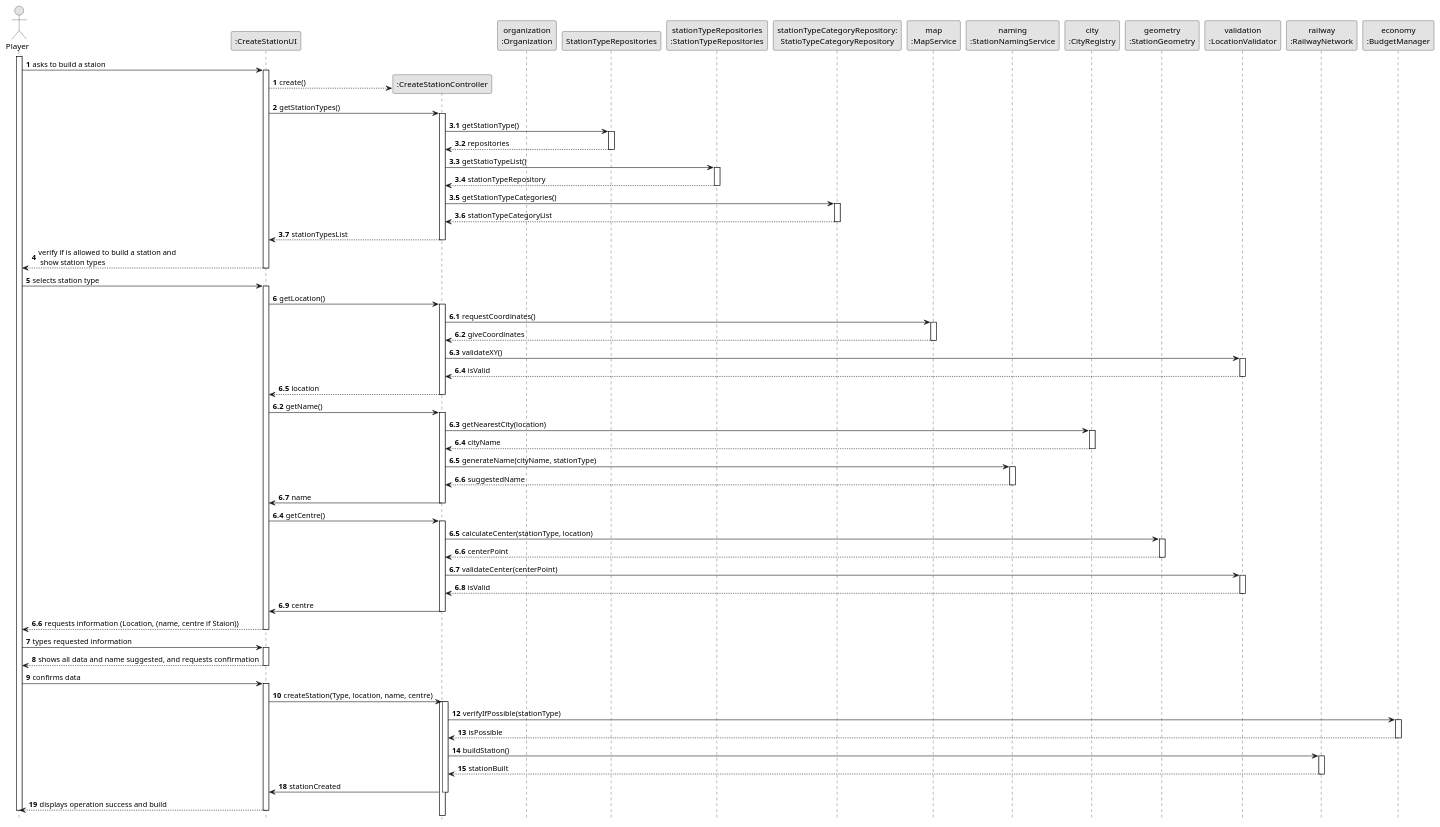
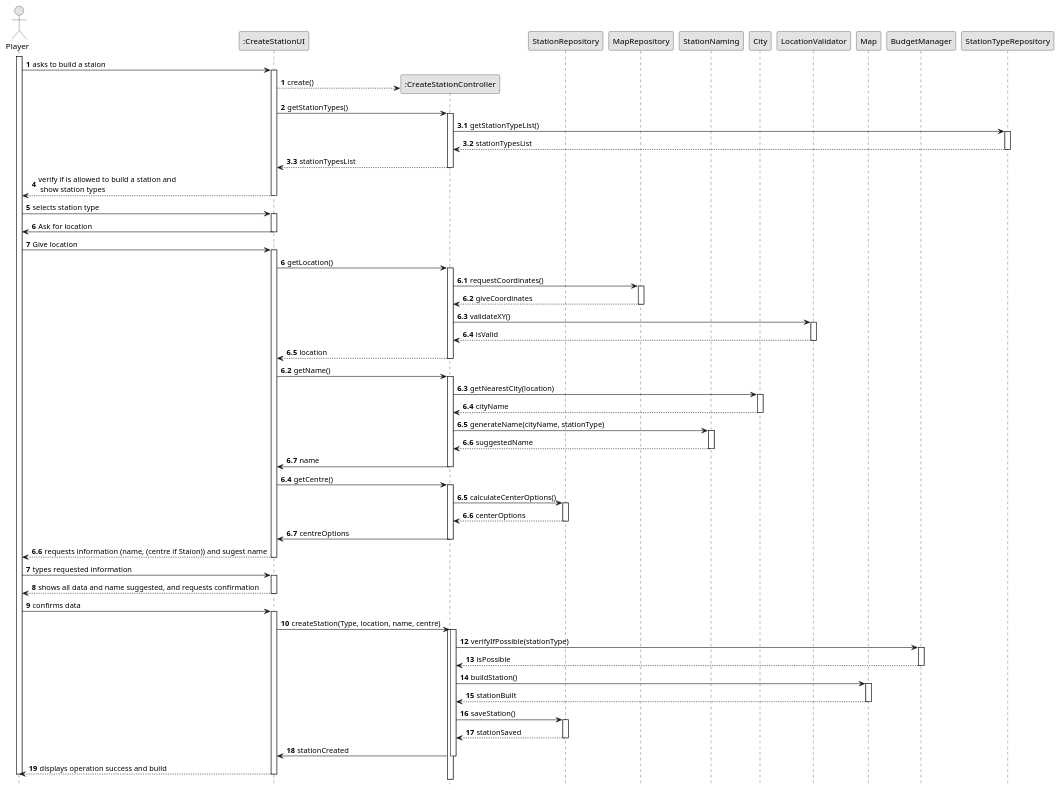
The diagram in Sprint2/US05/03.Design/SSD-Full.puml (Andremonteiro1240850/railway_simulator), drawn with PlantUML before and after one commit. The commit also changed 1 other file, not shown here.

```diff
--- a/Sprint2/US05/03.Design/SSD-Full.puml
+++ b/Sprint2/US05/03.Design/SSD-Full.puml
@@ -1,164 +1,157 @@
 @startuml
 skinparam monochrome true
 skinparam packageStyle rectangle
 skinparam shadowing false
 
 autonumber
 
 hide footbox
 actor "Player" as ORG_EMPLOYEE
 
 participant ":CreateStationUI" as UI
 participant ":CreateStationController" as CTRL
-participant "organization\n:Organization" as ORG
-participant "StationTypeRepositories" as REPOS
-participant "stationTypeRepositories\n:StationTypeRepositories" as REPOS_SINGLETON
-participant "stationTypeCategoryRepository:\nStatioTypeCategoryRepository" as TASK_CAT_REPO
-participant "map\n:MapService" as MAP
-participant "validation\n:LocationValidator" as VALID
-participant "naming\n:StationNamingService" as NAMING
-participant "city\n:CityRegistry" as CITY
-participant "geometry\n:StationGeometry" as GEO
-participant "validation\n:PositionValidator" as VALID
-participant "railway\n:RailwayNetwork" as RAIL
-participant "economy\n:BudgetManager" as BUDGET
+participant "StationRepository" as REPOS
+participant "MapRepository" as MAP
+participant "LocationValidator" as VALID
+participant "StationNaming" as NAMING
+participant "City" as CITY
+participant "PositionValidator" as VALID
+participant "Map" as RAIL
+participant "BudgetManager" as BUDGET
+participant "StationTypeRepository" as REPOT
 
 activate ORG_EMPLOYEE
 
     ORG_EMPLOYEE -> UI : asks to build a staion
     autonumber 1
 
     activate UI
         UI --> CTRL** : create()
         autonumber 2
         UI -> CTRL : getStationTypes()
         autonumber 3
         autonumber 3.1
         activate CTRL
 
-                    CTRL -> REPOS : getStationType()
-                    activate REPOS
-                        REPOS --> CTRL: repositories
-                    deactivate REPOS
-
-                    CTRL -> REPOS_SINGLETON : getStatioTypeList()
-                    activate REPOS_SINGLETON
-                        REPOS_SINGLETON --> CTRL:  stationTypeRepository
-                    deactivate REPOS_SINGLETON
-
-                    CTRL -> TASK_CAT_REPO : getStationTypeCategories()
-                    activate TASK_CAT_REPO
-                        TASK_CAT_REPO --> CTRL : stationTypeCategoryList
-                    deactivate TASK_CAT_REPO
+                    CTRL -> REPOT : getStationTypeList()
+                    activate REPOT
+                        REPOT --> CTRL: stationTypesList
+                    deactivate REPOT
 
             CTRL --> UI : stationTypesList
             autonumber 4
         deactivate CTRL
         UI --> ORG_EMPLOYEE : verify if is allowed to build a station and\n show station types
         autonumber 5
     deactivate UI
 
     ORG_EMPLOYEE -> UI : selects station type
+    activate UI
+    UI -> ORG_EMPLOYEE : Ask for location
+    deactivate UI
+    ORG_EMPLOYEE -> UI : Give location
     autonumber 6
     activate UI
         UI -> CTRL : getLocation()
         autonumber 6.1
 
         activate CTRL
 
                 CTRL -> MAP : requestCoordinates()
                 activate MAP
                     MAP --> CTRL : giveCoordinates
                 deactivate MAP
 
                 CTRL -> VALID : validateXY()
                 activate VALID
                     VALID --> CTRL : isValid
                 deactivate VALID
 
             CTRL --> UI : location
             autonumber 6.2
         deactivate CTRL
 
         UI -> CTRL : getName()
         autonumber 6.3
 
         activate CTRL
 
                 CTRL -> CITY : getNearestCity(location)
                 activate CITY
                     CITY --> CTRL : cityName
                 deactivate CITY
 
                 CTRL -> NAMING : generateName(cityName, stationType)
                 activate NAMING
                     NAMING --> CTRL : suggestedName
                 deactivate NAMING
                 CTRL -> UI : name
 
             autonumber 6.4
 
         deactivate CTRL
 
         UI -> CTRL : getCentre()
         autonumber 6.5
 
         activate CTRL
 
-                CTRL -> GEO : calculateCenter(stationType, location)
-                activate GEO
-                    GEO --> CTRL : centerPoint
-                deactivate GEO
+                CTRL -> REPOS : calculateCenterOptions()
+                activate REPOS
+                    REPOS --> CTRL : centerOptions
+                deactivate REPOS
 
-                CTRL -> VALID : validateCenter(centerPoint)
-                activate VALID
-                    VALID --> CTRL : isValid
-                deactivate VALID
-                CTRL -> UI : centre
+                CTRL -> UI : centreOptions
 
             autonumber 6.6
 
         deactivate CTRL
 
-        UI --> ORG_EMPLOYEE : requests information (Location, (name, centre if Staion))
+        UI --> ORG_EMPLOYEE : requests information (name, (centre if Staion)) and sugest name
         autonumber 7
     deactivate UI
 
     ORG_EMPLOYEE -> UI : types requested information
+
     autonumber 8
     activate UI
         UI --> ORG_EMPLOYEE : shows all data and name suggested, and requests confirmation
         autonumber 9
     deactivate UI
 
     ORG_EMPLOYEE -> UI : confirms data
     autonumber 10
     activate UI
         UI -> CTRL : createStation(Type, location, name, centre)
         autonumber 11
         activate CTRL
 
             autonumber 12
 
             activate CTRL
 
                     CTRL -> BUDGET : verifyIfPossible(stationType)
                     activate BUDGET
                         BUDGET --> CTRL : isPossible
                     deactivate BUDGET
 
                     CTRL -> RAIL : buildStation()
                     activate RAIL
                         RAIL --> CTRL : stationBuilt
+                        deactivate RAIL
+                        CTRL -> REPOS : saveStation()
+                        activate REPOS
+                        REPOS --> CTRL: stationSaved
+                        deactivate REPOS
                     deactivate RAIL
 
                 autonumber 18
                 CTRL -> UI : stationCreated
 
             deactivate CTRL
         UI --> ORG_EMPLOYEE: displays operation success and build
         autonumber 19
     deactivate UI
 
 deactivate ORG_EMPLOYEE
 @enduml
```
